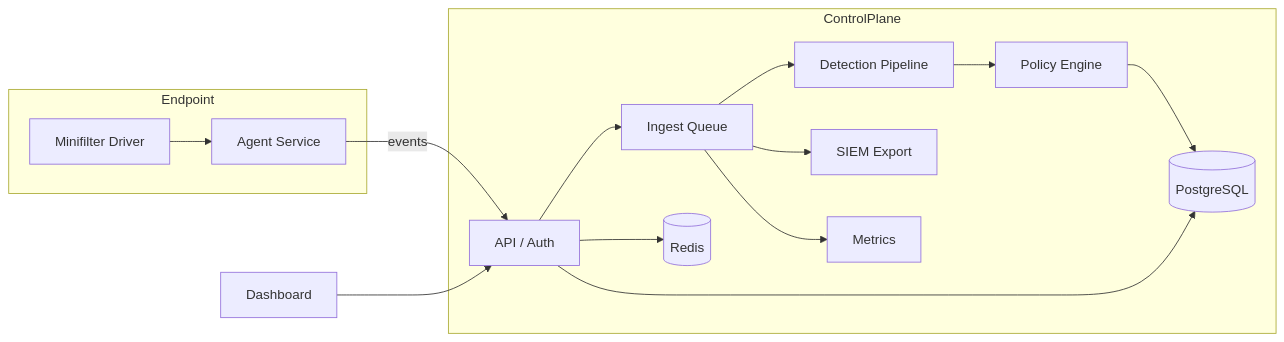
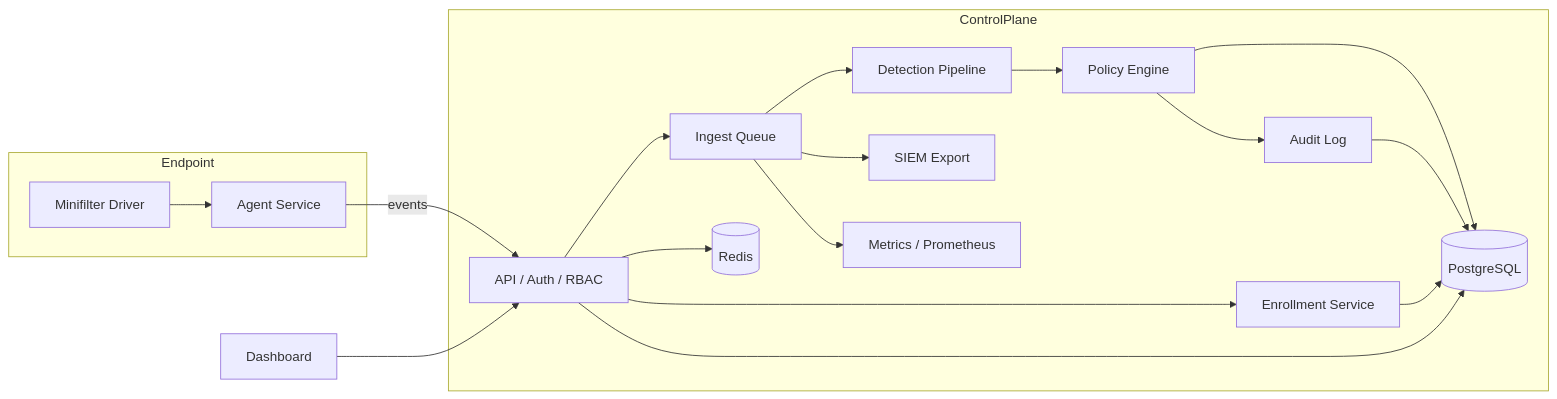
One commit to whaac1289-debug/dlp_agent changed the diagram in docs/architecture.md. Above: the diagram before and after it, drawn with Mermaid. The commit also changed other lines of this file and 53 other files, not shown here.

````diff
--- a/docs/architecture.md
+++ b/docs/architecture.md
@@ -10,30 +10,36 @@
 ```mermaid
 flowchart LR
     subgraph Endpoint
         Agent[Agent Service]
         Driver[Minifilter Driver]
     end
     subgraph ControlPlane
-        API[API / Auth]
+        API[API / Auth / RBAC]
         Ingest[Ingest Queue]
         Detect[Detection Pipeline]
         Policy[Policy Engine]
+        Audit[Audit Log]
+        Enroll[Enrollment Service]
         SIEM[SIEM Export]
-        Metrics[Metrics]
+        Metrics[Metrics / Prometheus]
         DB[(PostgreSQL)]
         Redis[(Redis)]
     end
     Dashboard[Dashboard]
 
     Agent -->|events| API
     API --> Ingest
     Ingest --> Detect
     Detect --> Policy
+    Policy --> Audit
+    API --> Enroll
     Policy --> DB
+    Audit --> DB
+    Enroll --> DB
     Ingest --> SIEM
     Ingest --> Metrics
     API --> Redis
     API --> DB
     Dashboard --> API
     Driver --> Agent
 ```
````
